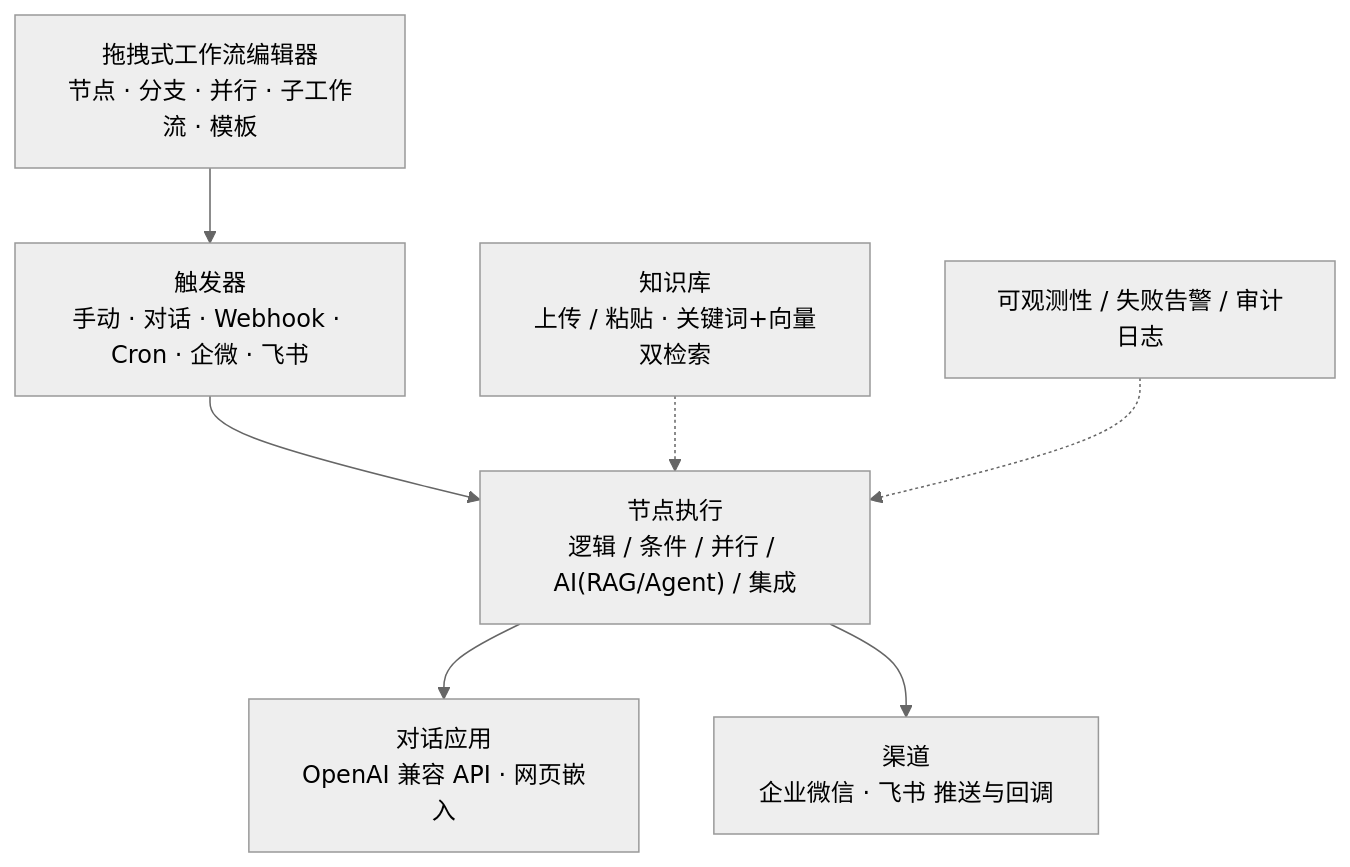
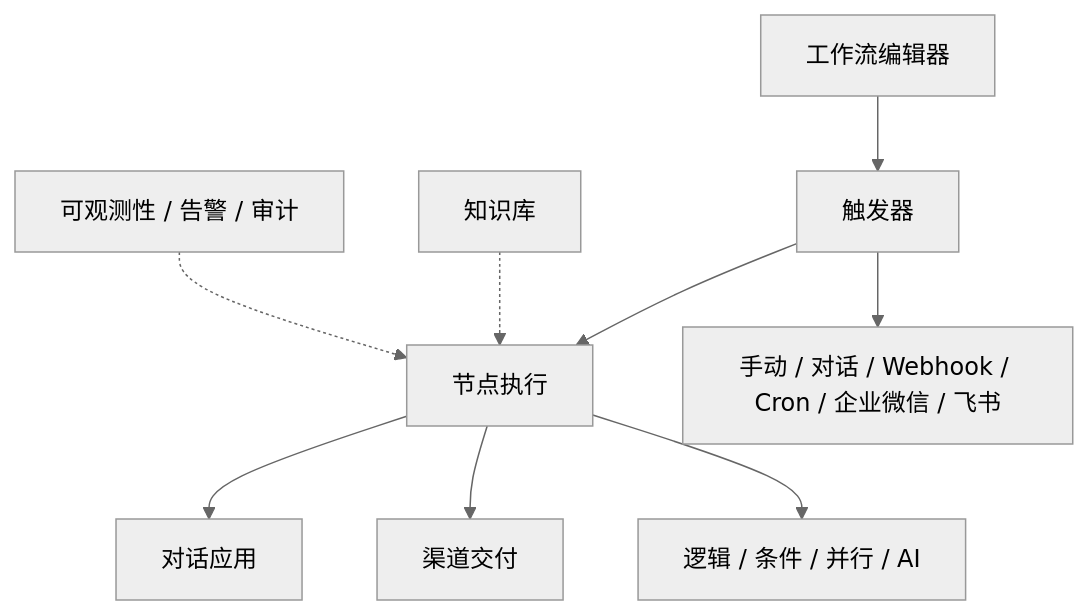
Before and after one commit to likele001/PlantFlow-community: the first of 2 diagrams in README.md, drawn with Mermaid (neutral theme). The commit also changed other lines of this file, not shown here.

Commit message:
docs: rewrite Mermaid diagrams in README for GitHub rendering compatibility

````diff
--- a/README.md
+++ b/README.md
@@ -32,11 +32,11 @@
 ```mermaid
 flowchart TD
-    A["拖拽式工作流编辑器<br/>节点 · 分支 · 并行 · 子工作流 · 模板"]
-    B["触发器<br/>手动 · 对话 · Webhook · Cron · 企微 · 飞书"]
-    C["节点执行<br/>逻辑 / 条件 / 并行 / AI(RAG/Agent) / 集成"]
-    D["对话应用<br/>OpenAI 兼容 API · 网页嵌入"]
-    E["渠道<br/>企业微信 · 飞书 推送与回调"]
-    A --> B --> C --> D & E
-    F["知识库<br/>上传 / 粘贴 · 关键词+向量双检索"] -.-> C
-    G["可观测性 / 失败告警 / 审计日志"] -.-> C
+    A[工作流编辑器] --> B[触发器]
+    B --> C[节点执行]
+    C --> D[对话应用]
+    C --> E[渠道交付]
+    B --> B1[手动 / 对话 / Webhook / Cron / 企业微信 / 飞书]
+    C --> C1[逻辑 / 条件 / 并行 / AI]
+    G[知识库] -.-> C
+    H[可观测性 / 告警 / 审计] -.-> C
 ```
````
